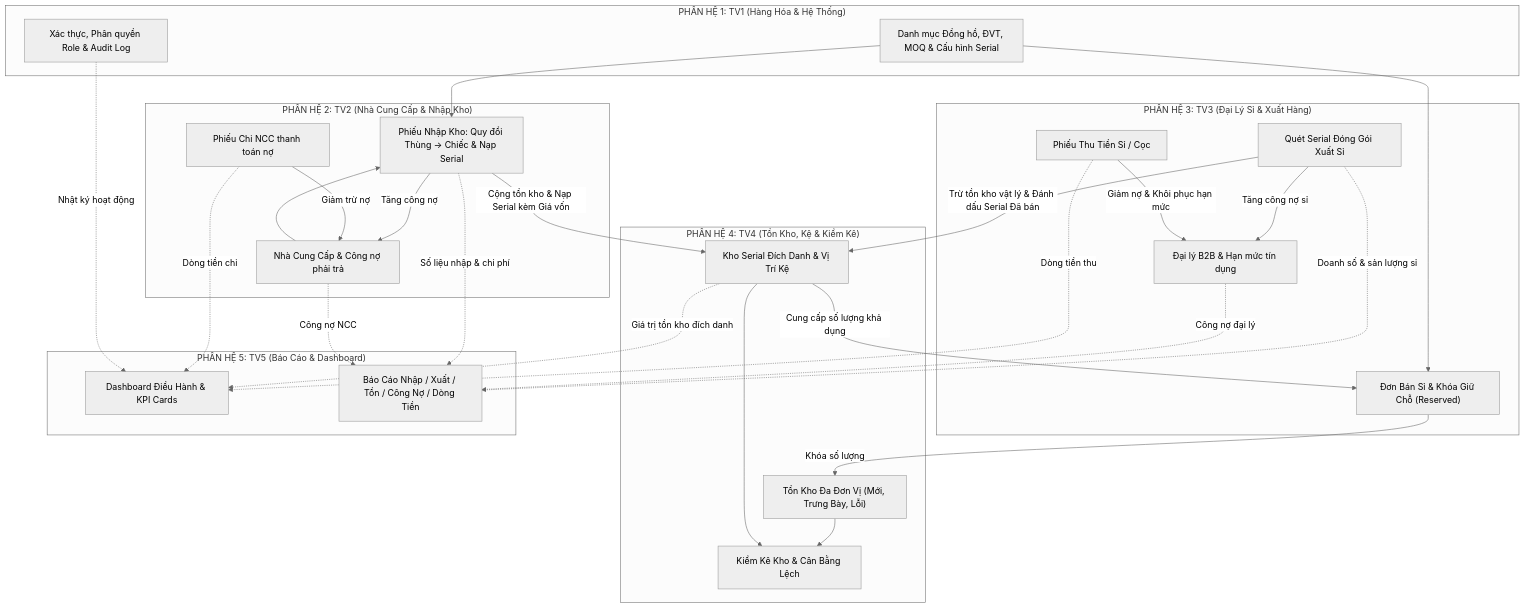
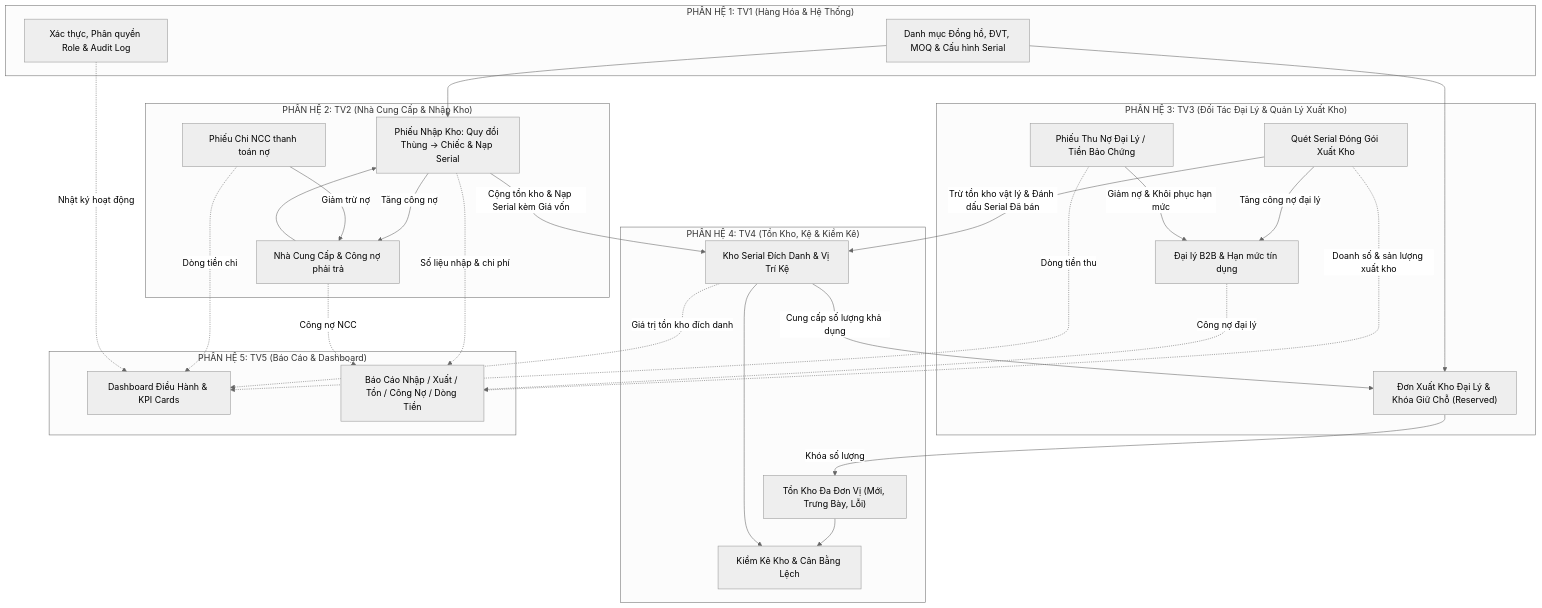
The diagram in Document/TONG_QUAN_DE_TAI.md (binh2351220081-ctrl/LapTrinhMang_5AESiuNhan), drawn with Mermaid (neutral theme) before and after one commit. The commit also changed other lines of this file and 33 other files, not shown here.

````diff
--- a/Document/TONG_QUAN_DE_TAI.md
+++ b/Document/TONG_QUAN_DE_TAI.md
@@ -202,58 +202,58 @@
 ```mermaid
 flowchart TD
     subgraph PH1["PHÂN HỆ 1: TV1 (Hàng Hóa & Hệ Thống)"]
         W["Danh mục Đồng hồ, ĐVT, MOQ & Cấu hình Serial"]
         AUTH["Xác thực, Phân quyền Role & Audit Log"]
     end
 
     subgraph PH2["PHÂN HỆ 2: TV2 (Nhà Cung Cấp & Nhập Kho)"]
         SUP["Nhà Cung Cấp & Công nợ phải trả"]
         INB["Phiếu Nhập Kho: Quy đổi Thùng -> Chiếc & Nạp Serial"]
         PAY["Phiếu Chi NCC thanh toán nợ"]
     end
 
     subgraph PH4["PHÂN HỆ 4: TV4 (Tồn Kho, Kệ & Kiểm Kê)"]
         STOCK["Tồn Kho Đa Đơn Vị (Mới, Trưng Bày, Lỗi)"]
         SERIAL_POOL["Kho Serial Đích Danh & Vị Trí Kệ"]
         AUDIT["Kiểm Kê Kho & Cân Bằng Lệch"]
     end
 
-    subgraph PH3["PHÂN HỆ 3: TV3 (Đại Lý Sỉ & Xuất Hàng)"]
+    subgraph PH3["PHÂN HỆ 3: TV3 (Đối Tác Đại Lý & Quản Lý Xuất Kho)"]
         DEALER["Đại lý B2B & Hạn mức tín dụng"]
-        ORDER["Đơn Bán Sỉ & Khóa Giữ Chỗ (Reserved)"]
-        OUTB["Quét Serial Đóng Gói Xuất Sỉ"]
-        REC["Phiếu Thu Tiền Sỉ / Cọc"]
+        ORDER["Đơn Xuất Kho Đại Lý & Khóa Giữ Chỗ (Reserved)"]
+        OUTB["Quét Serial Đóng Gói Xuất Kho"]
+        REC["Phiếu Thu Nợ Đại Lý / Tiền Bảo Chứng"]
     end
 
     subgraph PH5["PHÂN HỆ 5: TV5 (Báo Cáo & Dashboard)"]
         DASH["Dashboard Điều Hành & KPI Cards"]
         REP["Báo Cáo Nhập / Xuất / Tồn / Công Nợ / Dòng Tiền"]
     end
 
     %% Luồng liên kết
     W --> INB
     W --> ORDER
     SUP --> INB
     INB -->|Cộng tồn kho & Nạp Serial kèm Giá vốn| SERIAL_POOL
     INB -->|Tăng công nợ| SUP
     PAY -->|Giảm trừ nợ| SUP
 
     SERIAL_POOL -->|Cung cấp số lượng khả dụng| ORDER
     ORDER -->|Khóa số lượng| STOCK
     OUTB -->|Trừ tồn kho vật lý & Đánh dấu Serial Đã bán| SERIAL_POOL
-    OUTB -->|Tăng công nợ sỉ| DEALER
+    OUTB -->|Tăng công nợ đại lý| DEALER
     REC -->|Giảm nợ & Khôi phục hạn mức| DEALER
 
     STOCK --> AUDIT
     SERIAL_POOL --> AUDIT
 
     %% Đổ về Báo cáo TV5
     INB -.->|Số liệu nhập & chi phí| REP
-    OUTB -.->|Doanh số & sản lượng sỉ| REP
+    OUTB -.->|Doanh số & sản lượng xuất kho| REP
     SERIAL_POOL -.->|Giá trị tồn kho đích danh| DASH
     SUP -.->|Công nợ NCC| REP
     DEALER -.->|Công nợ đại lý| REP
     PAY -.->|Dòng tiền chi| DASH
     REC -.->|Dòng tiền thu| DASH
     AUTH -.->|Nhật ký hoạt động| DASH
 ```
````
